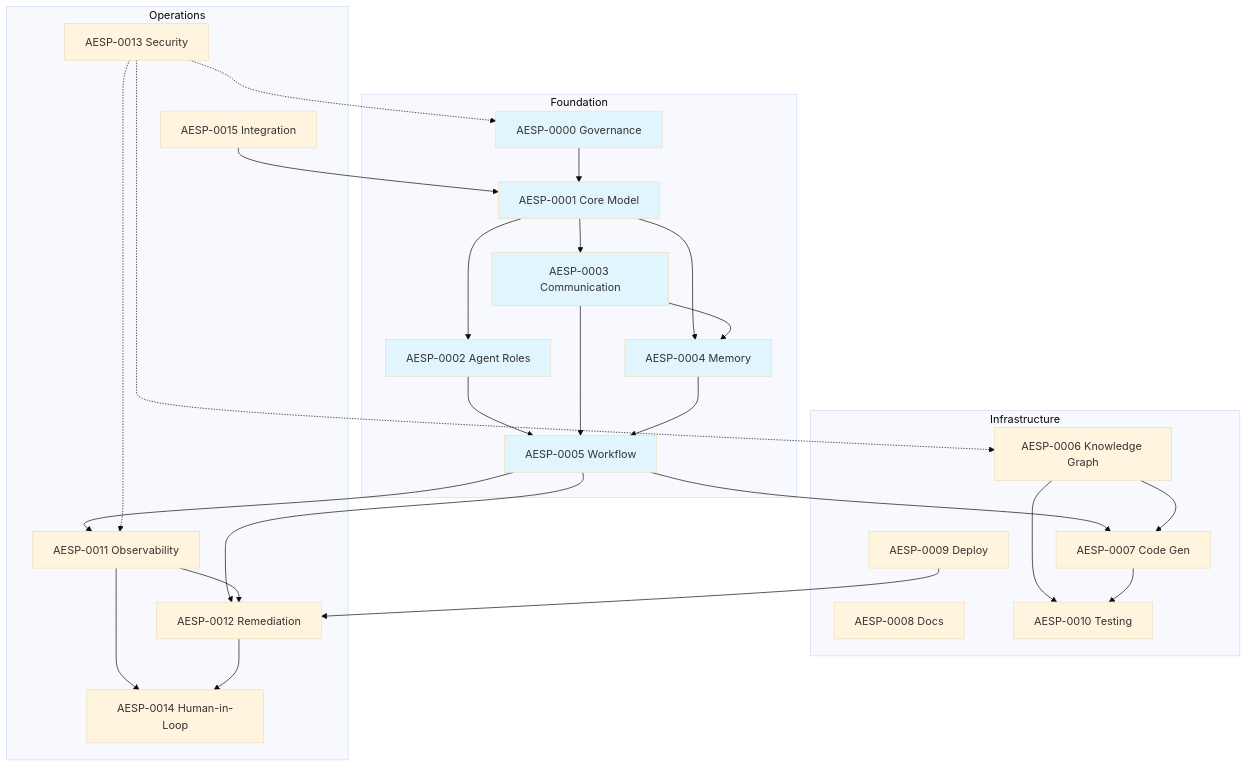
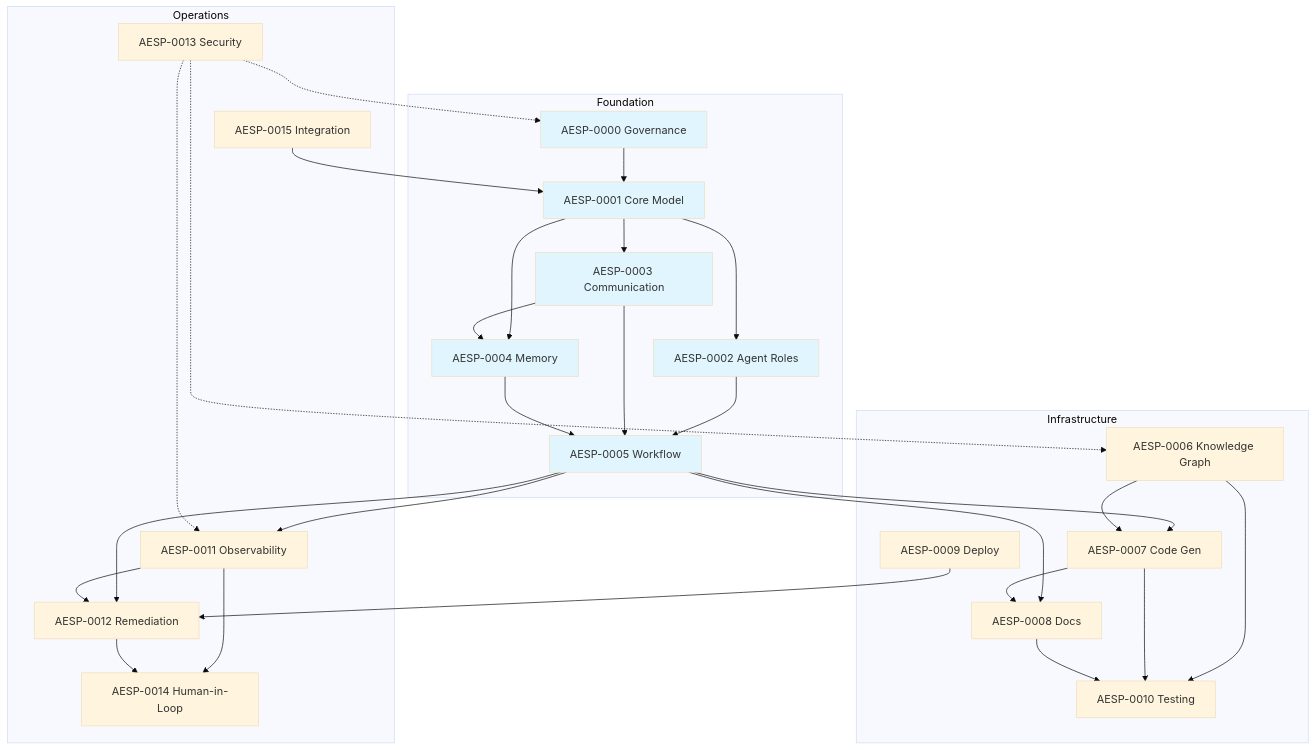
The diagram in specification/README.md (kishoreHQ/AESP), drawn with Mermaid (base theme) before and after one commit. The commit also changed other lines of this file and 8 other files, not shown here.

````diff
--- a/specification/README.md
+++ b/specification/README.md
@@ -58,59 +58,62 @@
 ```mermaid
 graph TD
     subgraph Foundation
         A0000[AESP-0000 Governance]
         A0001[AESP-0001 Core Model]
         A0002[AESP-0002 Agent Roles]
         A0003[AESP-0003 Communication]
         A0004[AESP-0004 Memory]
         A0005[AESP-0005 Workflow]
     end
 
     subgraph Infrastructure
         A0006[AESP-0006 Knowledge Graph]
         A0007[AESP-0007 Code Gen]
         A0008[AESP-0008 Docs]
         A0009[AESP-0009 Deploy]
         A0010[AESP-0010 Testing]
     end
 
     subgraph Operations
         A0011[AESP-0011 Observability]
         A0012[AESP-0012 Remediation]
         A0013[AESP-0013 Security]
         A0014[AESP-0014 Human-in-Loop]
         A0015[AESP-0015 Integration]
     end
 
     A0000 --> A0001
     A0001 --> A0002
     A0001 --> A0003
     A0001 --> A0004
     A0002 --> A0005
     A0003 --> A0004
     A0003 --> A0005
     A0004 --> A0005
     A0005 --> A0011
     A0005 --> A0012
     A0005 --> A0007
+    A0005 --> A0008
     A0006 --> A0007
+    A0007 --> A0008
 
     A0006 --> A0010
     A0007 --> A0010
+    A0008 --> A0010
     A0009 --> A0012
 
     A0011 --> A0012
     A0011 --> A0014
     A0012 --> A0014
     A0013 -.-> A0000
     A0013 -.-> A0006
     A0013 -.-> A0011
     A0015 --> A0001
 
     style A0000 fill:#e1f5fe
     style A0001 fill:#e1f5fe
     style A0002 fill:#e1f5fe
     style A0003 fill:#e1f5fe
     style A0004 fill:#e1f5fe
     style A0005 fill:#e1f5fe
 ```
````
